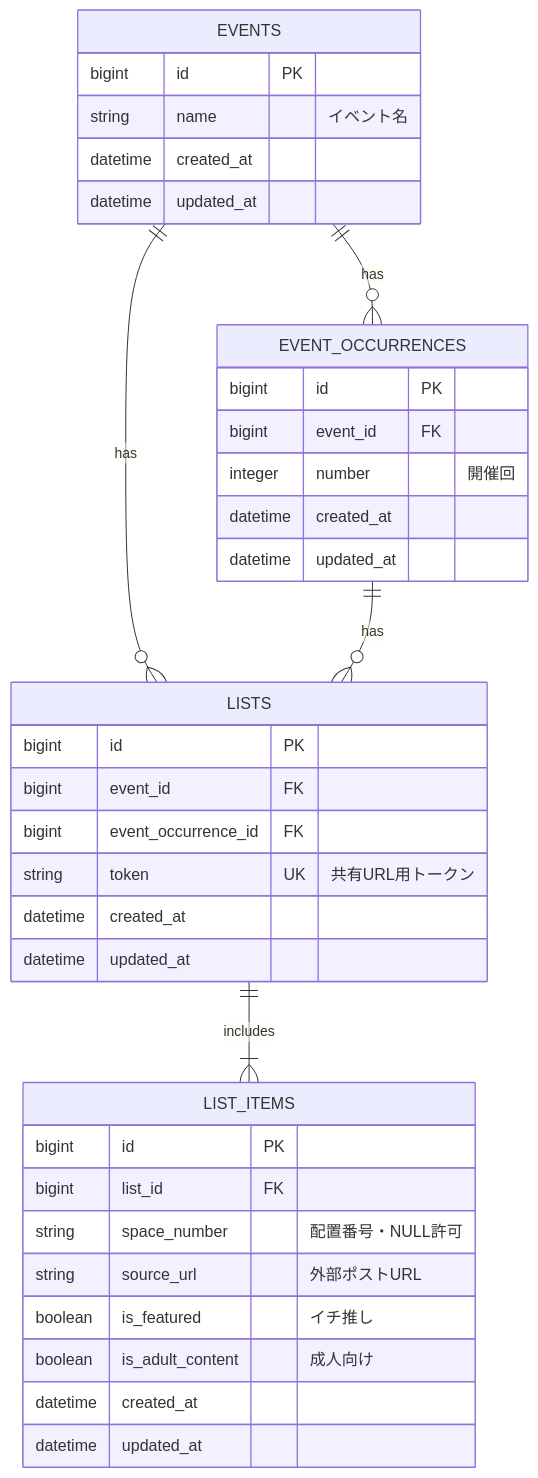
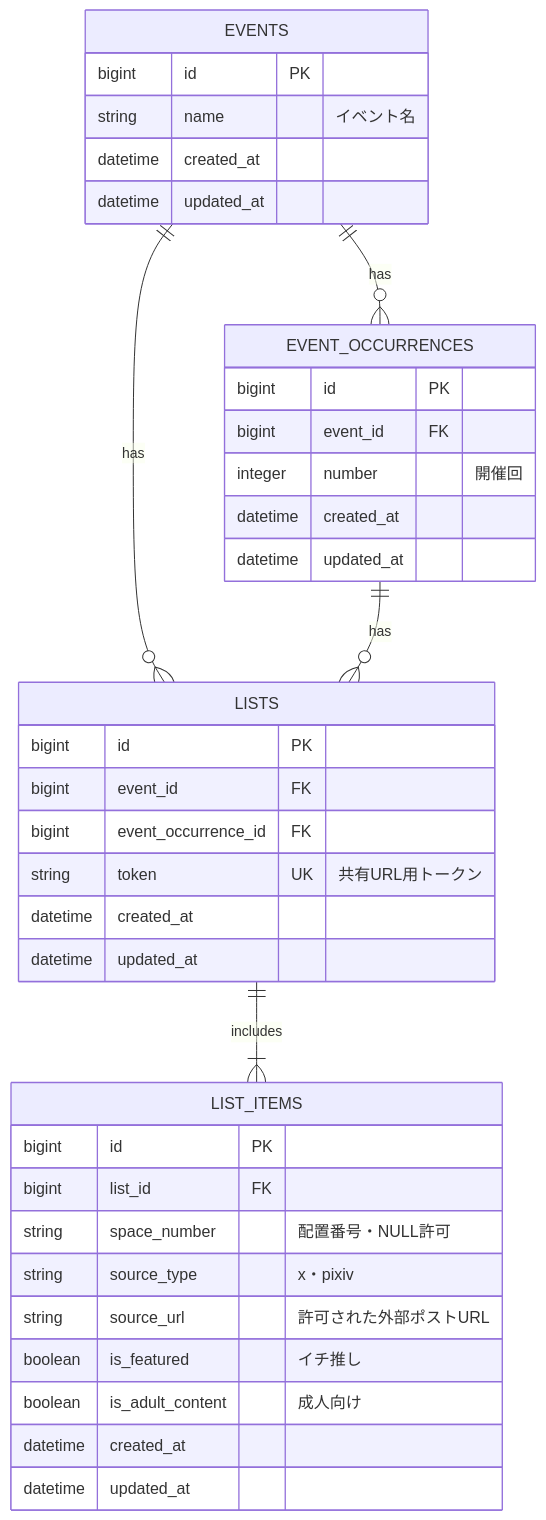
Before and after one commit to GoneTarou/Oshinagakiapp: the diagram in mermaid.md, drawn with Mermaid. The commit also changed 7 other files, not shown here.

````diff
--- a/mermaid.md
+++ b/mermaid.md
@@ -3,42 +3,43 @@
 ```mermaid
 erDiagram
     EVENTS ||--o{ EVENT_OCCURRENCES : has
     EVENTS ||--o{ LISTS : has
     EVENT_OCCURRENCES ||--o{ LISTS : has
     LISTS ||--|{ LIST_ITEMS : includes
 
     EVENTS {
         bigint id PK
         string name "イベント名"
         datetime created_at
         datetime updated_at
     }
 
     EVENT_OCCURRENCES {
         bigint id PK
         bigint event_id FK
         integer number "開催回"
         datetime created_at
         datetime updated_at
     }
 
     LISTS {
         bigint id PK
         bigint event_id FK
         bigint event_occurrence_id FK
         string token UK "共有URL用トークン"
         datetime created_at
         datetime updated_at
     }
 
     LIST_ITEMS {
         bigint id PK
         bigint list_id FK
         string space_number "配置番号・NULL許可"
-        string source_url "外部ポストURL"
+        string source_type "x・pixiv"
+        string source_url "許可された外部ポストURL"
         boolean is_featured "イチ推し"
         boolean is_adult_content "成人向け"
         datetime created_at
         datetime updated_at
     }
 ```
````
